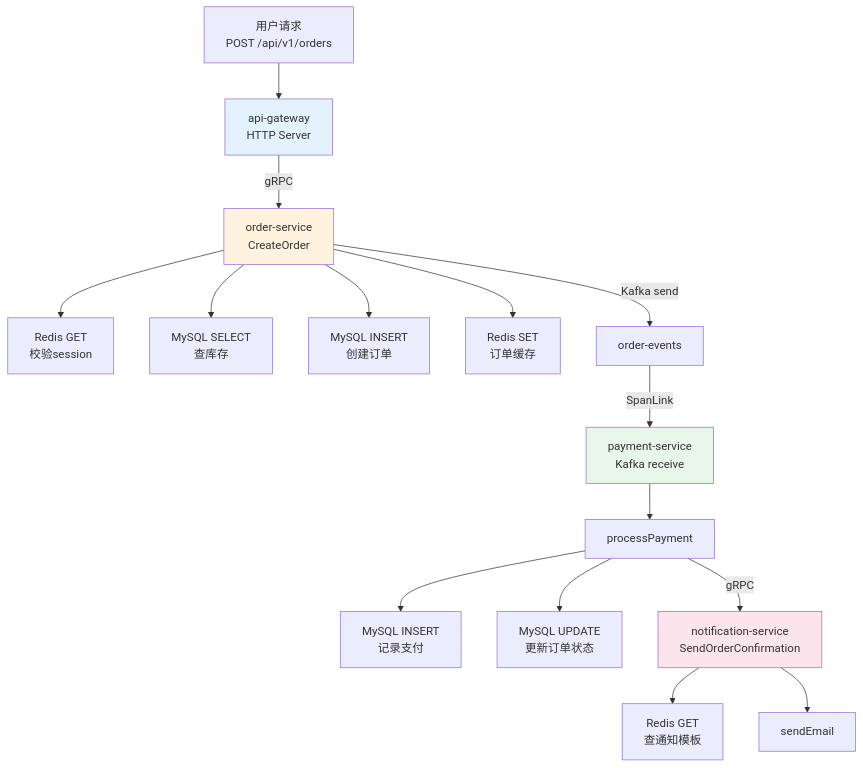
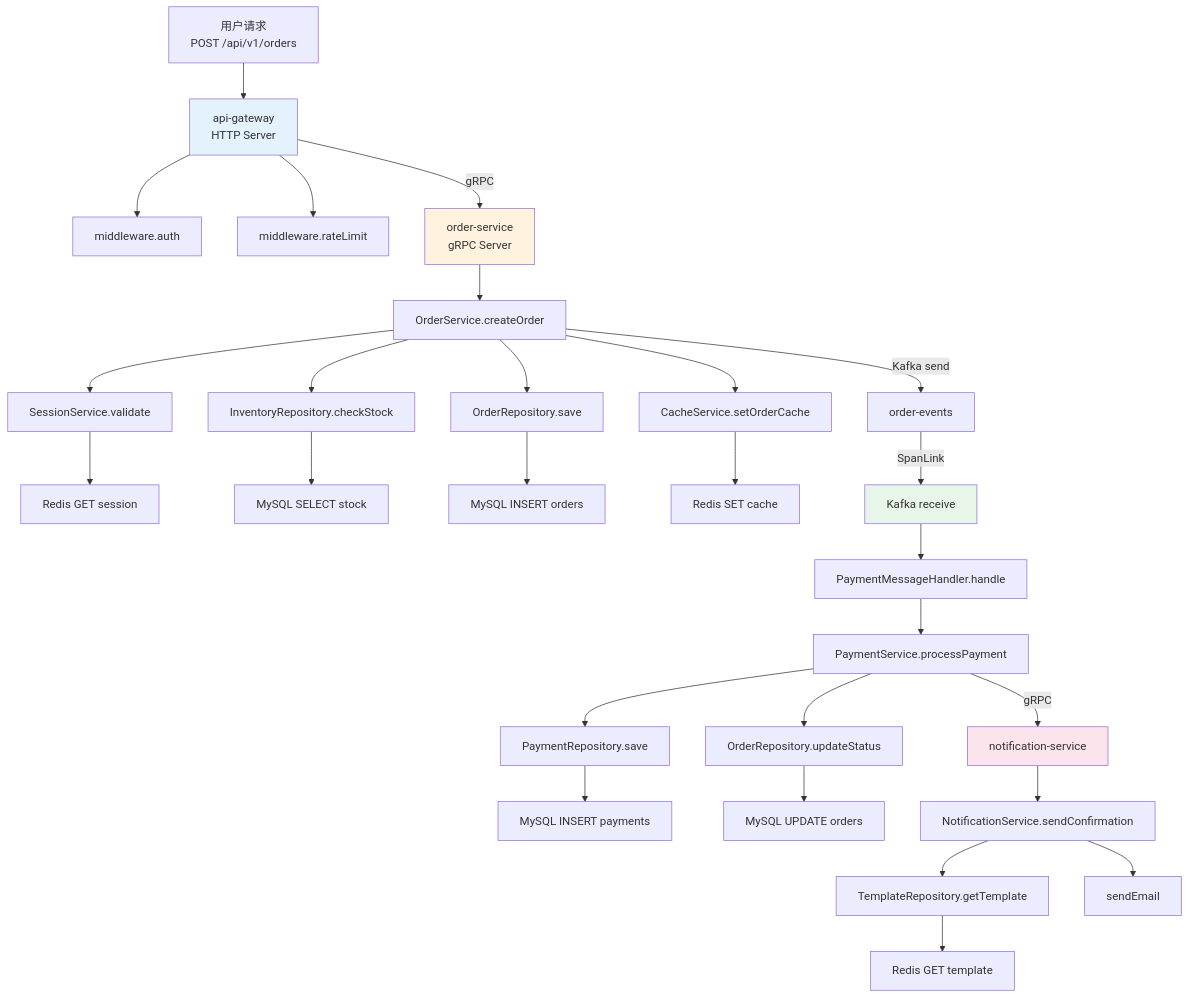
Before and after one commit to junjiewwang/custom-opentelemetry-collector: the third of 5 diagrams in receiver/testdatagenreceiver/PROGRESS.md, drawn with Mermaid. The commit also changed other lines of this file and 12 other files, not shown here.

````diff
--- a/receiver/testdatagenreceiver/PROGRESS.md
+++ b/receiver/testdatagenreceiver/PROGRESS.md
@@ -97,22 +119,34 @@
 ```mermaid
 graph TD
     U["用户请求<br/>POST /api/v1/orders"] --> GW["api-gateway<br/>HTTP Server"]
-    GW --> |"gRPC"| OS["order-service<br/>CreateOrder"]
-    OS --> R1["Redis GET<br/>校验session"]
-    OS --> M1["MySQL SELECT<br/>查库存"]
-    OS --> M2["MySQL INSERT<br/>创建订单"]
-    OS --> R2["Redis SET<br/>订单缓存"]
-    OS --> |"Kafka send"| K["order-events"]
-    K --> |"SpanLink"| PS["payment-service<br/>Kafka receive"]
-    PS --> P1["processPayment"]
-    P1 --> M3["MySQL INSERT<br/>记录支付"]
-    P1 --> M4["MySQL UPDATE<br/>更新订单状态"]
-    P1 --> |"gRPC"| NS["notification-service<br/>SendOrderConfirmation"]
-    NS --> R3["Redis GET<br/>查通知模板"]
-    NS --> E["sendEmail"]
+    GW --> GW_AUTH["middleware.auth"]
+    GW --> GW_RL["middleware.rateLimit"]
+    GW --> |"gRPC"| OS["order-service<br/>gRPC Server"]
+    OS --> OS_SVC["OrderService.createOrder"]
+    OS_SVC --> SS["SessionService.validate"]
+    SS --> R1["Redis GET session"]
+    OS_SVC --> IR["InventoryRepository.checkStock"]
+    IR --> M1["MySQL SELECT stock"]
+    OS_SVC --> OR["OrderRepository.save"]
+    OR --> M2["MySQL INSERT orders"]
+    OS_SVC --> CS["CacheService.setOrderCache"]
+    CS --> R2["Redis SET cache"]
+    OS_SVC --> |"Kafka send"| K["order-events"]
+    K --> |"SpanLink"| KR["Kafka receive"]
+    KR --> PMH["PaymentMessageHandler.handle"]
+    PMH --> PS["PaymentService.processPayment"]
+    PS --> PR["PaymentRepository.save"]
+    PR --> M3["MySQL INSERT payments"]
+    PS --> POR["OrderRepository.updateStatus"]
+    POR --> M4["MySQL UPDATE orders"]
+    PS --> |"gRPC"| NS["notification-service"]
+    NS --> NS_SVC["NotificationService.sendConfirmation"]
+    NS_SVC --> TR["TemplateRepository.getTemplate"]
+    TR --> R3["Redis GET template"]
+    NS_SVC --> E["sendEmail"]
 
     style GW fill:#e3f2fd
     style OS fill:#fff3e0
-    style PS fill:#e8f5e9
+    style KR fill:#e8f5e9
     style NS fill:#fce4ec
 ```
````
